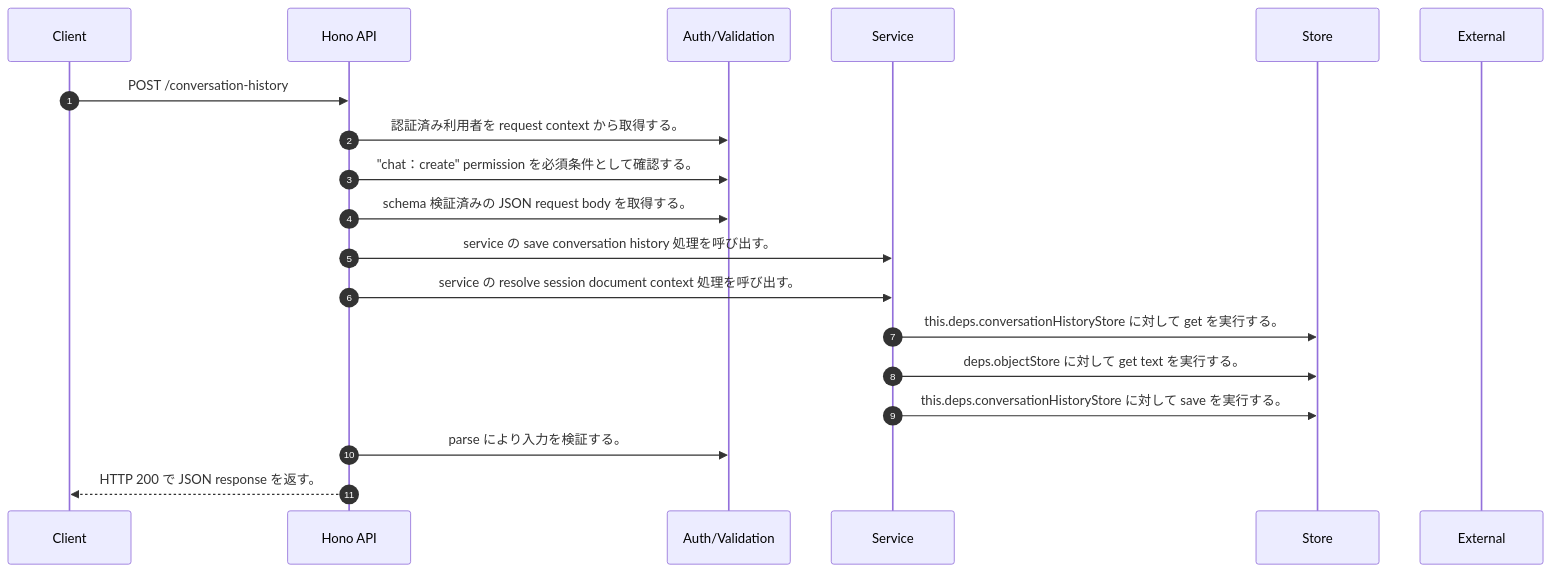
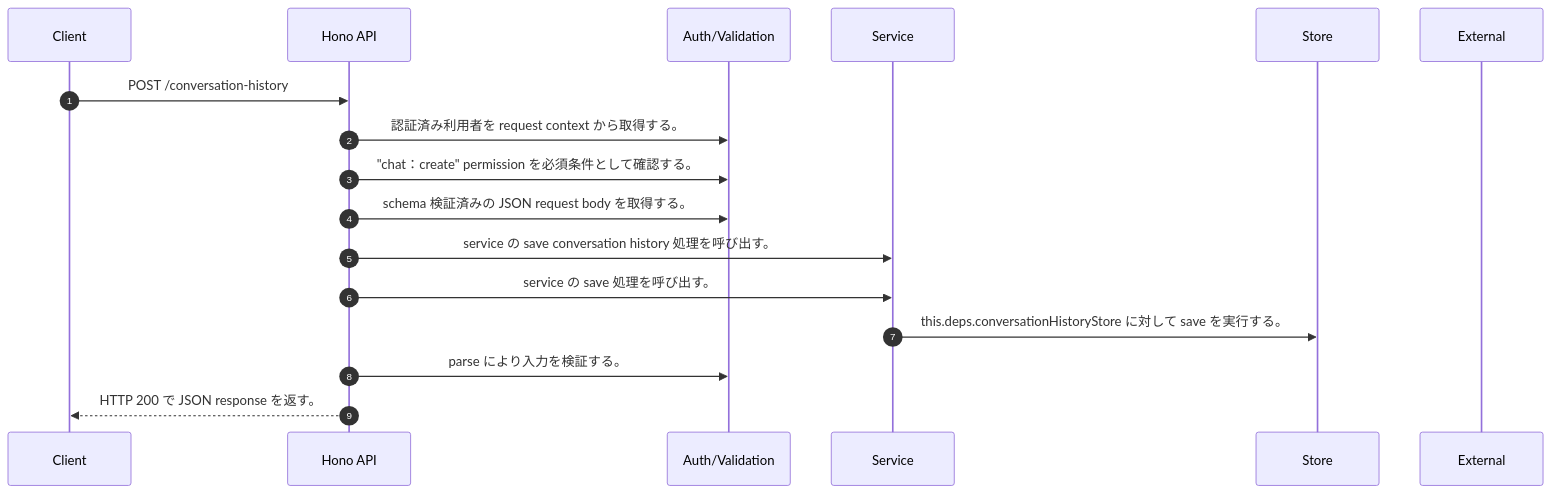
One commit to tsuji-tomonori/rag-assist changed the diagram in docs/generated/api-code/post-conversation-history/sequence_gen.md. Above: the diagram before and after it, drawn with Mermaid. The commit also changed other lines of this file and 306 other files, not shown here.

````diff
--- a/docs/generated/api-code/post-conversation-history/sequence_gen.md
+++ b/docs/generated/api-code/post-conversation-history/sequence_gen.md
@@ -7,21 +7,19 @@
 ```mermaid
 sequenceDiagram
   autonumber
   participant Client as Client
   participant API as Hono API
   participant Auth as Auth/Validation
   participant Service as Service
   participant Store as Store
   participant External as External
   Client->>API: POST /conversation-history
   API->>Auth: 認証済み利用者を request context から取得する。
   API->>Auth: "chat：create" permission を必須条件として確認する。
   API->>Auth: schema 検証済みの JSON request body を取得する。
   API->>Service: service の save conversation history 処理を呼び出す。
-  API->>Service: service の resolve session document context 処理を呼び出す。
-  Service->>Store: this.deps.conversationHistoryStore に対して get を実行する。
-  Service->>Store: deps.objectStore に対して get text を実行する。
+  API->>Service: service の save 処理を呼び出す。
   Service->>Store: this.deps.conversationHistoryStore に対して save を実行する。
   API->>Auth: parse により入力を検証する。
   API-->>Client: HTTP 200 で JSON response を返す。
 ```
````
